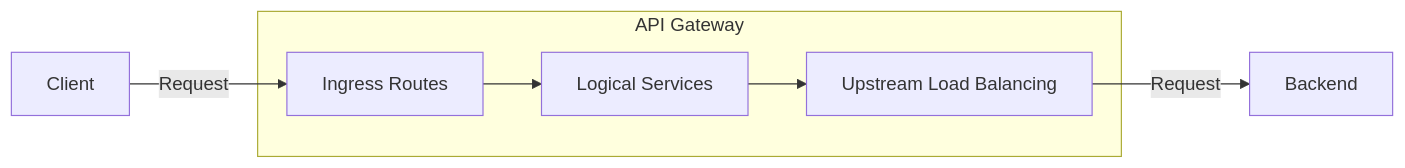
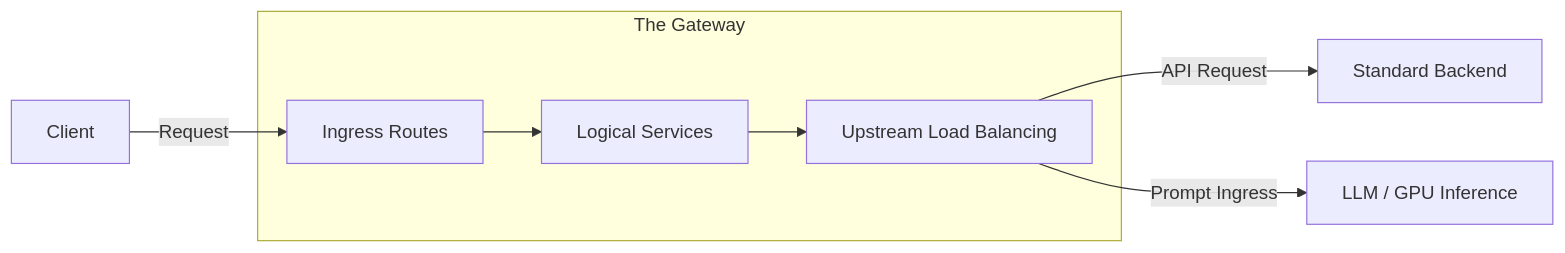
One commit to susmitpy/talks changed the first of 7 diagrams in authnz_obs.md. Above: the diagram before and after it, drawn with Mermaid. The commit also changed other lines of this file, not shown here.

````diff
--- a/authnz_obs.md
+++ b/authnz_obs.md
@@ -102,17 +102,19 @@
 ```mermaid
 graph LR
 
 C[Client]
-B[Backend]
+B[Standard Backend]
+LLM[LLM / GPU Inference]
 
-subgraph API Gateway
+subgraph The Gateway
     R[Ingress Routes]
     S[Logical Services]
     U[Upstream Load Balancing]
 
     R --> S --> U
 end
 
 C -->|Request| R
-U -->|Request| B
+U -->|API Request| B
+U -->|Prompt Ingress| LLM
 ```
````
